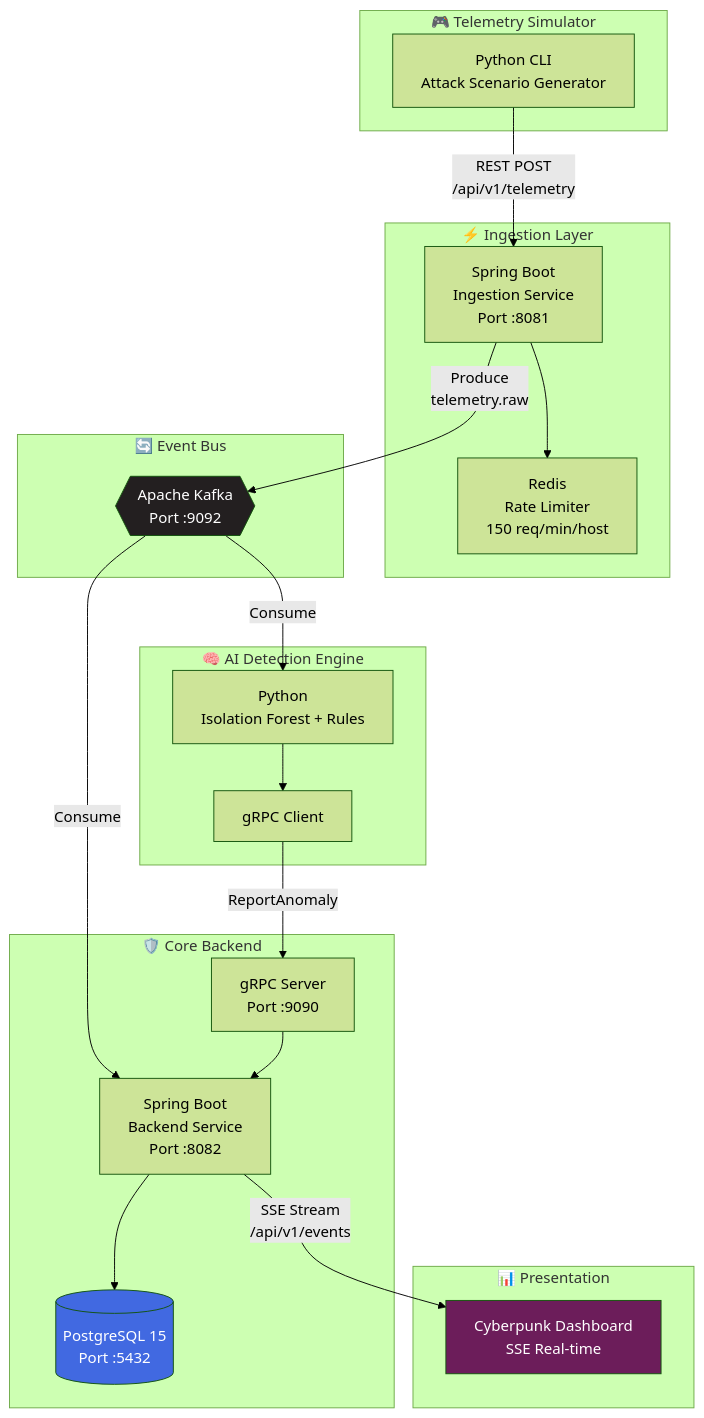
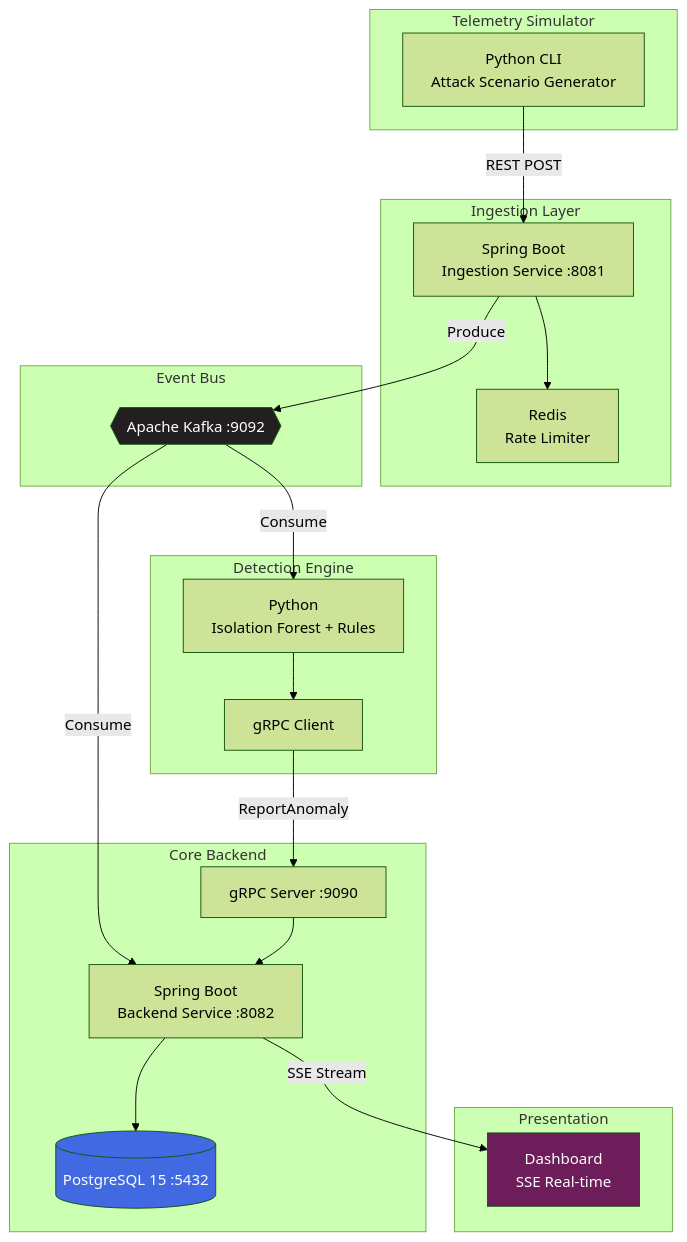
Before and after one commit to The-Peacemaker/sentinel-mesh-platform: the first of 4 diagrams in README.md, drawn with Mermaid (forest theme). The commit also changed other lines of this file, not shown here.

Commit message:
docs: professional README overhaul with architecture diagrams, mathematical notation, and clean typography

````diff
--- a/README.md
+++ b/README.md
@@ -70,45 +41,45 @@
 ```mermaid
 graph TB
-    subgraph Sim["🎮 Telemetry Simulator"]
-        SIM[Python CLI<br/>Attack Scenario Generator]
+    subgraph Simulation["Telemetry Simulator"]
+        SIM["Python CLI<br/>Attack Scenario Generator"]
     end
 
-    subgraph Ingest["⚡ Ingestion Layer"]
-        ING[Spring Boot<br/>Ingestion Service<br/>Port :8081]
-        RL[Redis<br/>Rate Limiter<br/>150 req/min/host]
+    subgraph Ingestion["Ingestion Layer"]
+        ING["Spring Boot<br/>Ingestion Service :8081"]
+        RL["Redis<br/>Rate Limiter"]
     end
 
-    subgraph Bus["🔄 Event Bus"]
-        KAFKA{{Apache Kafka<br/>Port :9092}}
+    subgraph Bus["Event Bus"]
+        KAFKA{{"Apache Kafka :9092"}}
     end
 
-    subgraph AI["🧠 AI Detection Engine"]
-        AIE[Python<br/>Isolation Forest + Rules]
-        GRPC_C[gRPC Client]
+    subgraph AI["Detection Engine"]
+        AIE["Python<br/>Isolation Forest + Rules"]
+        GRPC_C["gRPC Client"]
     end
 
-    subgraph Core["🛡️ Core Backend"]
-        BACK[Spring Boot<br/>Backend Service<br/>Port :8082]
-        GRPC_S[gRPC Server<br/>Port :9090]
-        PG[(PostgreSQL 15<br/>Port :5432)]
+    subgraph Core["Core Backend"]
+        BACK["Spring Boot<br/>Backend Service :8082"]
+        GRPC_S["gRPC Server :9090"]
+        PG[("PostgreSQL 15 :5432")]
     end
 
-    subgraph Present["📊 Presentation"]
-        DASH[Cyberpunk Dashboard<br/>SSE Real-time]
+    subgraph Presentation["Presentation"]
+        DASH["Dashboard<br/>SSE Real-time"]
     end
 
-    SIM -->|"REST POST<br/>/api/v1/telemetry"| ING
+    SIM -->|"REST POST"| ING
     ING --> RL
-    ING -->|"Produce<br/>telemetry.raw"| KAFKA
+    ING -->|"Produce"| KAFKA
     KAFKA -->|"Consume"| AIE
     KAFKA -->|"Consume"| BACK
     AIE --> GRPC_C
     GRPC_C -->|"ReportAnomaly"| GRPC_S
     GRPC_S --> BACK
     BACK --> PG
-    BACK -->|"SSE Stream<br/>/api/v1/events"| DASH
+    BACK -->|"SSE Stream"| DASH
 
     style KAFKA fill:#231F20,color:#fff
     style PG fill:#4169E1,color:#fff
     style DASH fill:#6C1D5A,color:#fff
 ```
````
